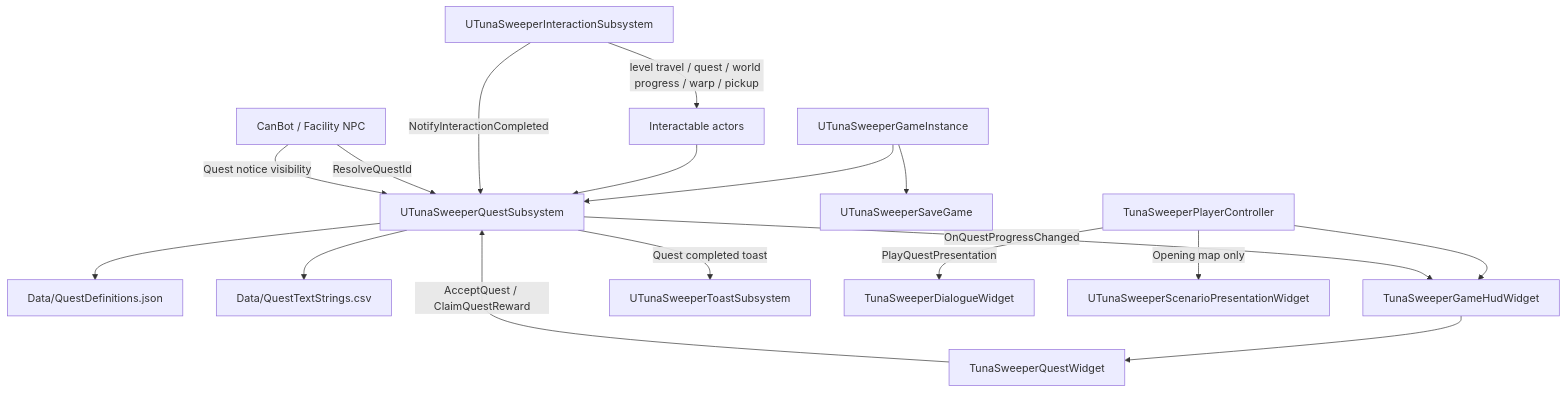
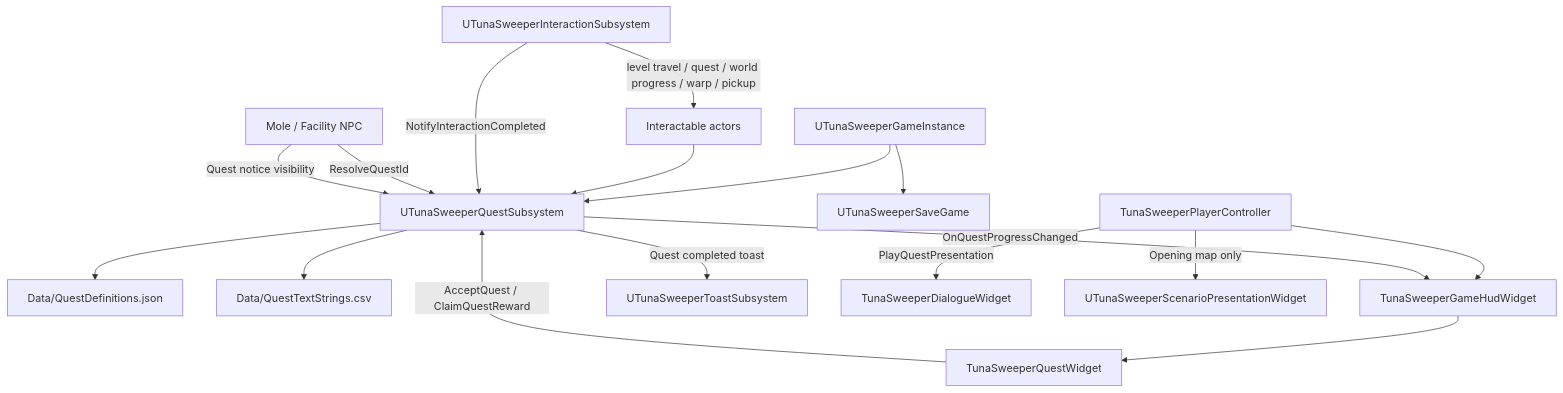
The first of 2 diagrams in Docs/quest_dialogue_scenario_flow.md (octopus7/extraction_shooter), drawn with Mermaid before and after one commit. The commit also changed other lines of this file and 68 other files, not shown here.

````diff
--- a/Docs/quest_dialogue_scenario_flow.md
+++ b/Docs/quest_dialogue_scenario_flow.md
@@ -38,22 +38,22 @@
 ```mermaid
 flowchart TD
     GI["UTunaSweeperGameInstance"] --> QS["UTunaSweeperQuestSubsystem"]
     QS --> QJSON["Data/QuestDefinitions.json"]
     QS --> QCSV["Data/QuestTextStrings.csv"]
     GI --> SAVE["UTunaSweeperSaveGame"]
 
     PLAYER["TunaSweeperPlayerController"] --> HUD["TunaSweeperGameHudWidget"]
     HUD --> QUESTUI["TunaSweeperQuestWidget"]
     QUESTUI -->|AcceptQuest / ClaimQuestReward| QS
     QS -->|OnQuestProgressChanged| HUD
     QS -->|Quest completed toast| TOAST["UTunaSweeperToastSubsystem"]
 
     INTERACTION["UTunaSweeperInteractionSubsystem"] -->|level travel / quest / world progress / warp / pickup| ACTORS["Interactable actors"]
     ACTORS --> QS
     INTERACTION -->|NotifyInteractionCompleted| QS
 
-    CANBOT["CanBot / Facility NPC"] -->|ResolveQuestId| QS
-    CANBOT -->|Quest notice visibility| QS
+    MOLE["Mole / Facility NPC"] -->|ResolveQuestId| QS
+    MOLE -->|Quest notice visibility| QS
     PLAYER -->|PlayQuestPresentation| DIALOGUE["TunaSweeperDialogueWidget"]
     PLAYER -->|Opening map only| SCENARIO["UTunaSweeperScenarioPresentationWidget"]
 ```
````
